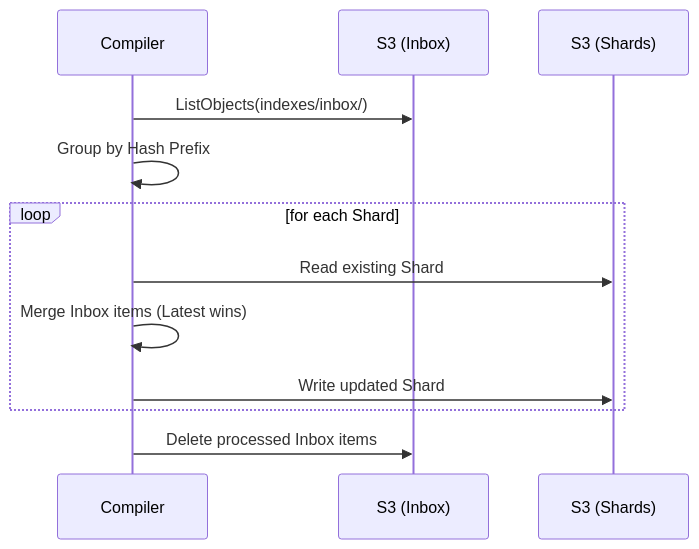
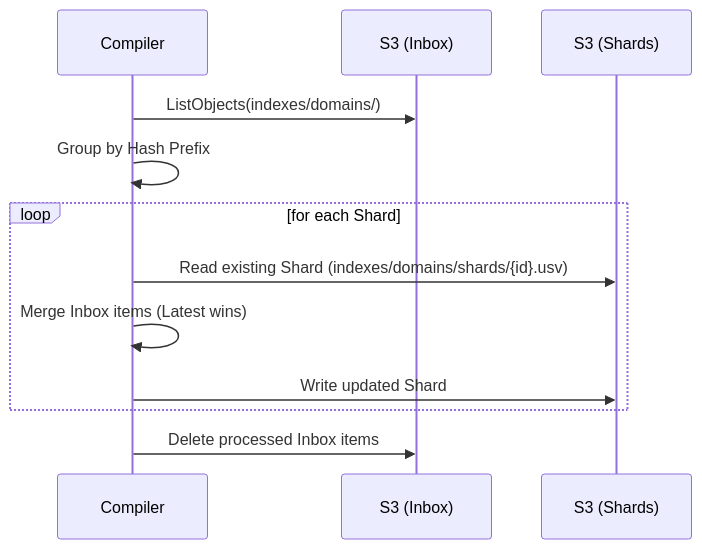
The second of 2 diagrams in docs/adr/013-deterministic-hash-sharded-index/README.md (bizkite-co/cocli), drawn with Mermaid before and after one commit. The commit also changed other lines of this file and 1 other file, not shown here.

Commit message:
plan: Document index inbox compiler locking mechanism

````diff
--- a/docs/adr/013-deterministic-hash-sharded-index/README.md
+++ b/docs/adr/013-deterministic-hash-sharded-index/README.md
@@ -72,15 +74,15 @@
 ```mermaid
 sequenceDiagram
     participant C as Compiler
     participant I as S3 (Inbox)
     participant S as S3 (Shards)
     
-    C->>I: ListObjects(indexes/inbox/)
+    C->>I: ListObjects(indexes/domains/)
     C->>C: Group by Hash Prefix
     Loop for each Shard
-        C->>S: Read existing Shard
+        C->>S: Read existing Shard (indexes/domains/shards/{id}.usv)
         C->>C: Merge Inbox items (Latest wins)
         C->>S: Write updated Shard
     End
     C->>I: Delete processed Inbox items
 ```
````
